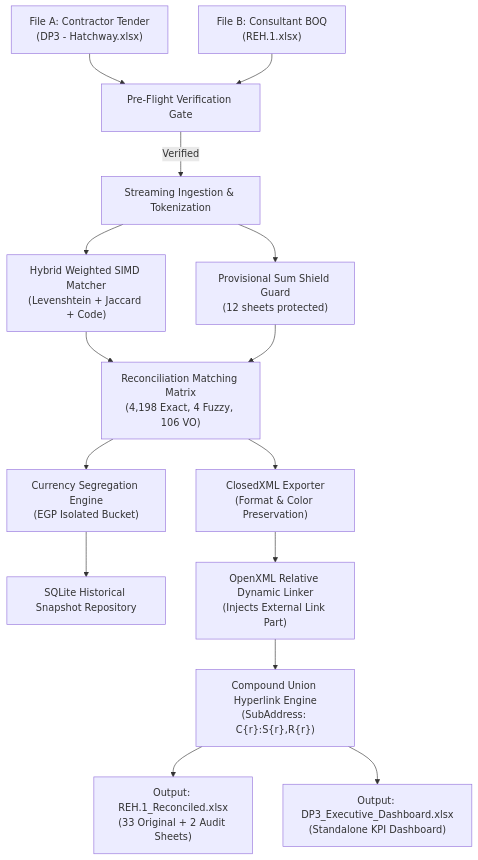
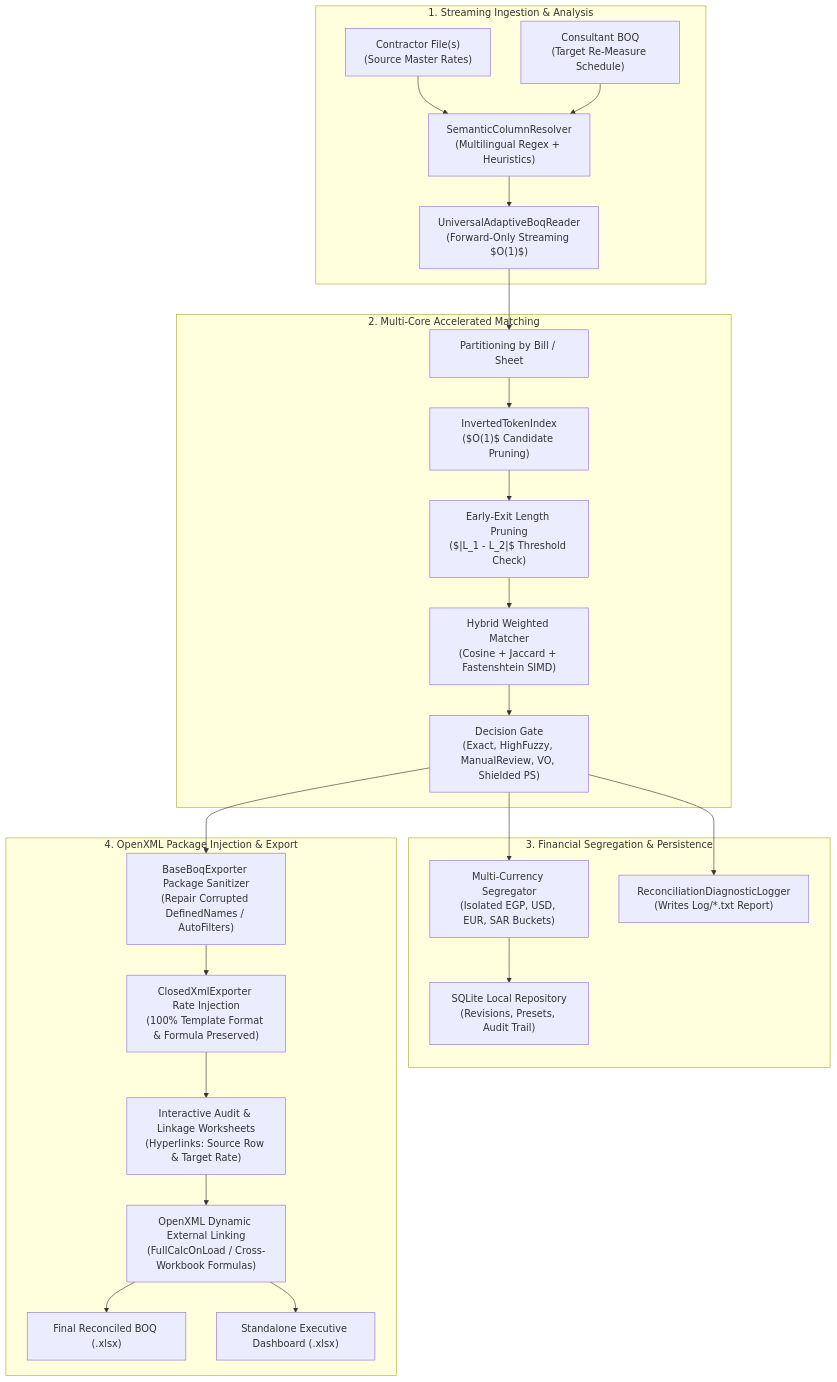
One commit to AbdulLatifMustafa/SmartBOQ-Enterprise changed the diagram in doc/ARCHITECTURE.md. Above: the diagram before and after it, drawn with Mermaid. The commit also changed other lines of this file and 7 other files, not shown here.

Commit message:
docs: modernize architectural documentation and add engineering standards specification

````diff
--- a/doc/ARCHITECTURE.md
+++ b/doc/ARCHITECTURE.md
@@ -76,22 +110,31 @@
 ```mermaid
 flowchart TD
-    A["File A: Contractor Tender<br/>(DP3 - Hatchway.xlsx)"] --> B["Pre-Flight Verification Gate"]
-    C["File B: Consultant BOQ<br/>(REH.1.xlsx)"] --> B
+    subgraph INGESTION["1. Streaming Ingestion & Analysis"]
+        A["Contractor File(s)<br/>(Source Master Rates)"] --> E["SemanticColumnResolver<br/>(Multilingual Regex + Heuristics)"]
+        B["Consultant BOQ<br/>(Target Re-Measure Schedule)"] --> E
+        E --> F["UniversalAdaptiveBoqReader<br/>(Forward-Only Streaming $O(1)$)"]
+    end
 
-    B -->|Verified| D["Streaming Ingestion & Tokenization"]
-    D --> E["Provisional Sum Shield Guard<br/>(12 sheets protected)"]
-    D --> F["Hybrid Weighted SIMD Matcher<br/>(Levenshtein + Jaccard + Code)"]
+    subgraph MATCHING["2. Multi-Core Accelerated Matching"]
+        F --> G["Partitioning by Bill / Sheet"]
+        G --> H["InvertedTokenIndex<br/>($O(1)$ Candidate Pruning)"]
+        H --> I["Early-Exit Length Pruning<br/>($|L_1 - L_2|$ Threshold Check)"]
+        I --> J["Hybrid Weighted Matcher<br/>(Cosine + Jaccard + Fastenshtein SIMD)"]
+        J --> K["Decision Gate<br/>(Exact, HighFuzzy, ManualReview, VO, Shielded PS)"]
+    end
 
-    F --> G["Reconciliation Matching Matrix<br/>(4,198 Exact, 4 Fuzzy, 106 VO)"]
-    E --> G
+    subgraph FINANCIALS["3. Financial Segregation & Persistence"]
+        K --> L["Multi-Currency Segregator<br/>(Isolated EGP, USD, EUR, SAR Buckets)"]
+        L --> M["SQLite Local Repository<br/>(Revisions, Presets, Audit Trail)"]
+        K --> N["ReconciliationDiagnosticLogger<br/>(Writes Log/*.txt Report)"]
+    end
 
-    G --> H["Currency Segregation Engine<br/>(EGP Isolated Bucket)"]
-    H --> I["SQLite Historical Snapshot Repository"]
-
-    G --> J["ClosedXML Exporter<br/>(Format & Color Preservation)"]
-    J --> K["OpenXML Relative Dynamic Linker<br/>(Injects External Link Part)"]
-    K --> L["Compound Union Hyperlink Engine<br/>(SubAddress: C{r}:S{r},R{r})"]
-
-    L --> M["Output: REH.1_Reconciled.xlsx<br/>(33 Original + 2 Audit Sheets)"]
-    L --> N["Output: DP3_Executive_Dashboard.xlsx<br/>(Standalone KPI Dashboard)"]
+    subgraph EXPORT["4. OpenXML Package Injection & Export"]
+        K --> O["BaseBoqExporter Package Sanitizer<br/>(Repair Corrupted DefinedNames / AutoFilters)"]
+        O --> P["ClosedXmlExporter Rate Injection<br/>(100% Template Format & Formula Preserved)"]
+        P --> Q["Interactive Audit & Linkage Worksheets<br/>(Hyperlinks: Source Row & Target Rate)"]
+        Q --> R["OpenXML Dynamic External Linking<br/>(FullCalcOnLoad / Cross-Workbook Formulas)"]
+        R --> S["Final Reconciled BOQ (.xlsx)"]
+        R --> T["Standalone Executive Dashboard (.xlsx)"]
+    end
 ```
````
